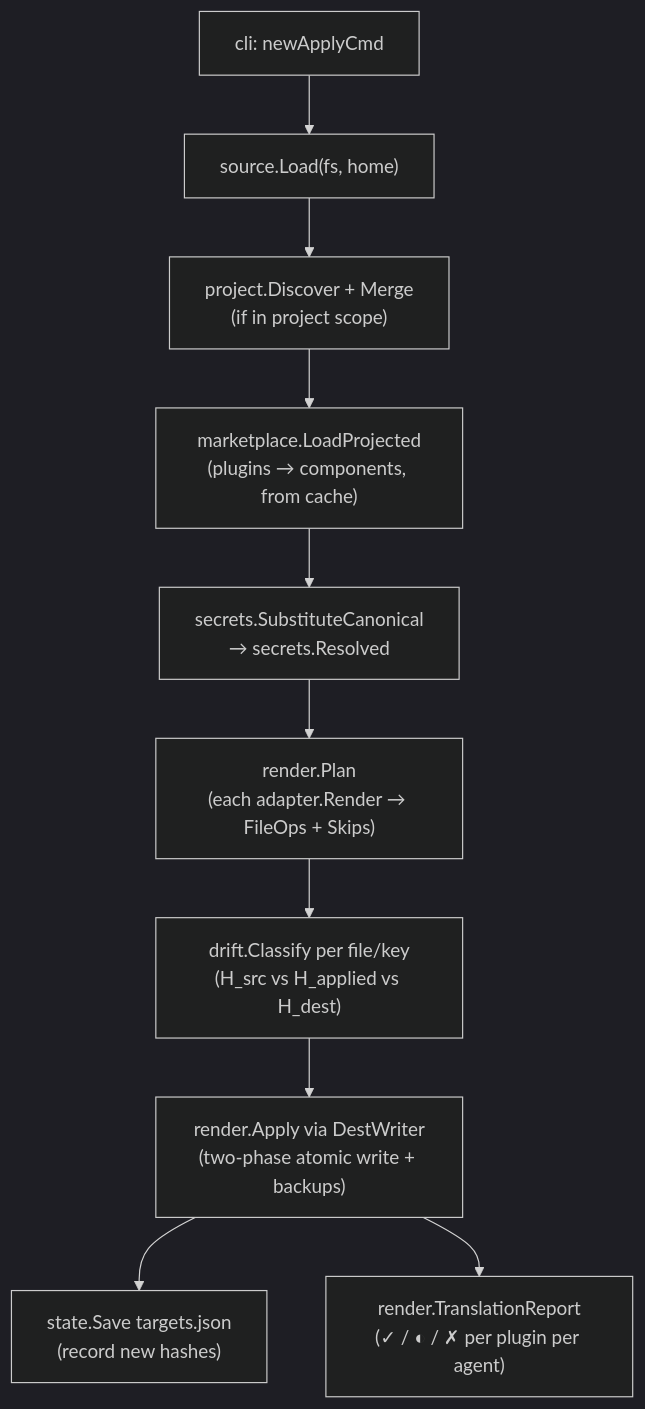
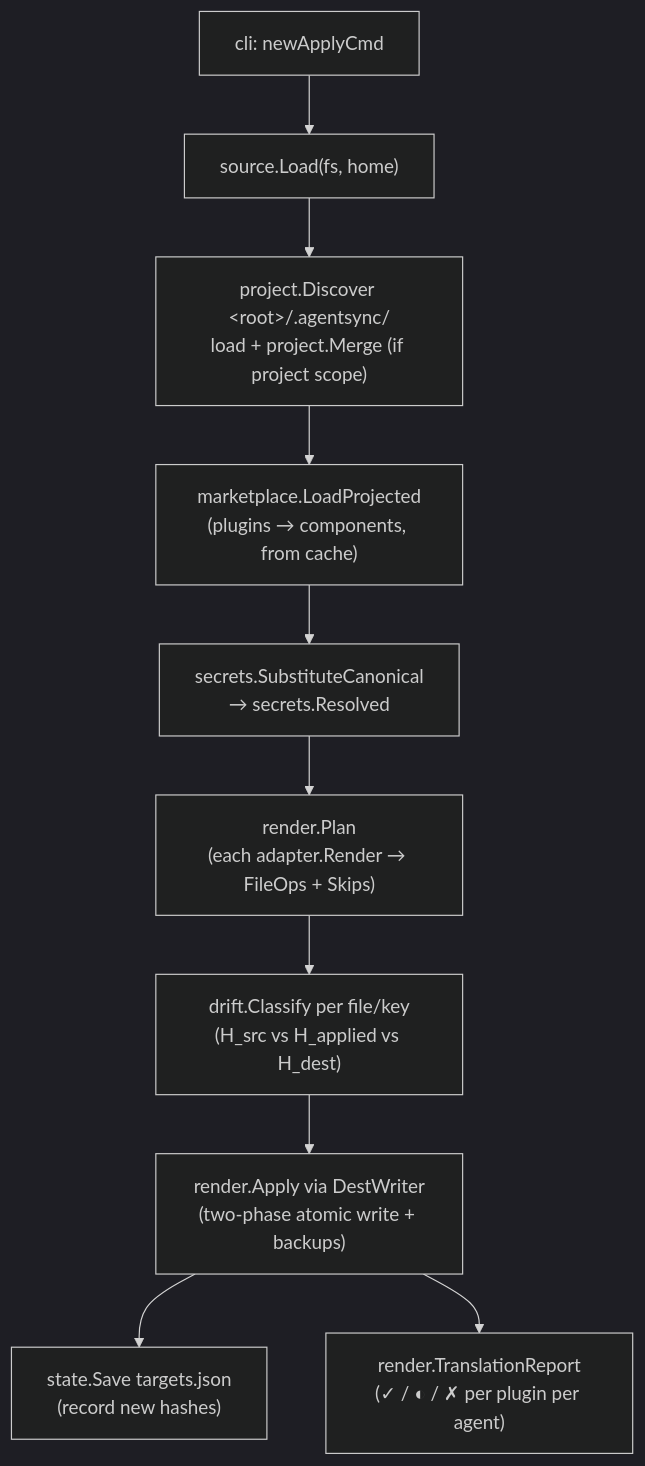
One commit to spxrogers/agentsync changed the second of 4 diagrams in docs/architecture.md. Above: the diagram before and after it, drawn with Mermaid (dark theme). The commit also changed other lines of this file and 27 other files, not shown here.

First line of the commit message:
feat(cli): project scope via a .agentsync/ source tree (explicit opt-in) (#57)

````diff
--- a/docs/architecture.md
+++ b/docs/architecture.md
@@ -261,12 +269,12 @@
 ```mermaid
 flowchart TD
     A["cli: newApplyCmd"] --> B["source.Load(fs, home)"]
-    B --> P["project.Discover + Merge<br/>(if in project scope)"]
+    B --> P["project.Discover &lt;root&gt;/.agentsync/<br/>load + project.Merge (if project scope)"]
     P --> C["marketplace.LoadProjected<br/>(plugins → components, from cache)"]
     C --> SEC["secrets.SubstituteCanonical<br/>→ secrets.Resolved"]
     SEC --> REN["render.Plan<br/>(each adapter.Render → FileOps + Skips)"]
     REN --> CL["drift.Classify per file/key<br/>(H_src vs H_applied vs H_dest)"]
     CL --> W["render.Apply via DestWriter<br/>(two-phase atomic write + backups)"]
     W --> ST["state.Save targets.json<br/>(record new hashes)"]
     W --> RPT["render.TranslationReport<br/>(✓ / ◐ / ✗ per plugin per agent)"]
 ```
````
